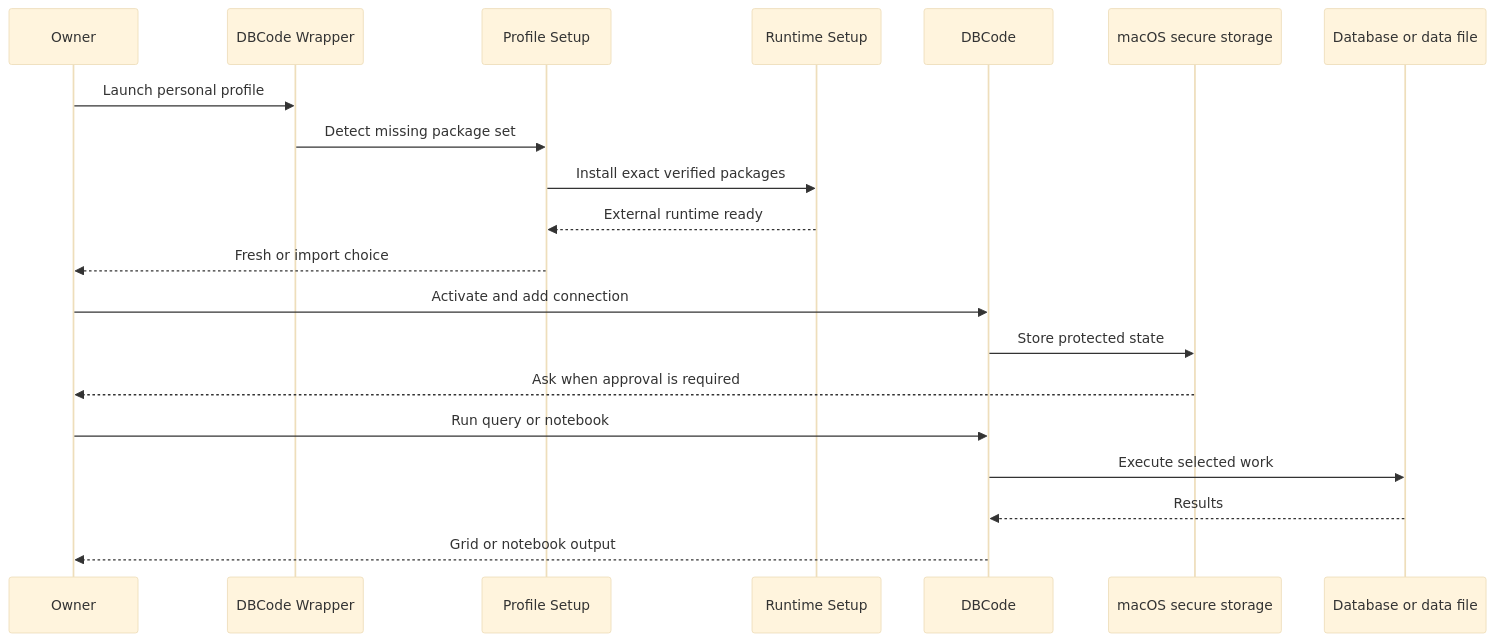
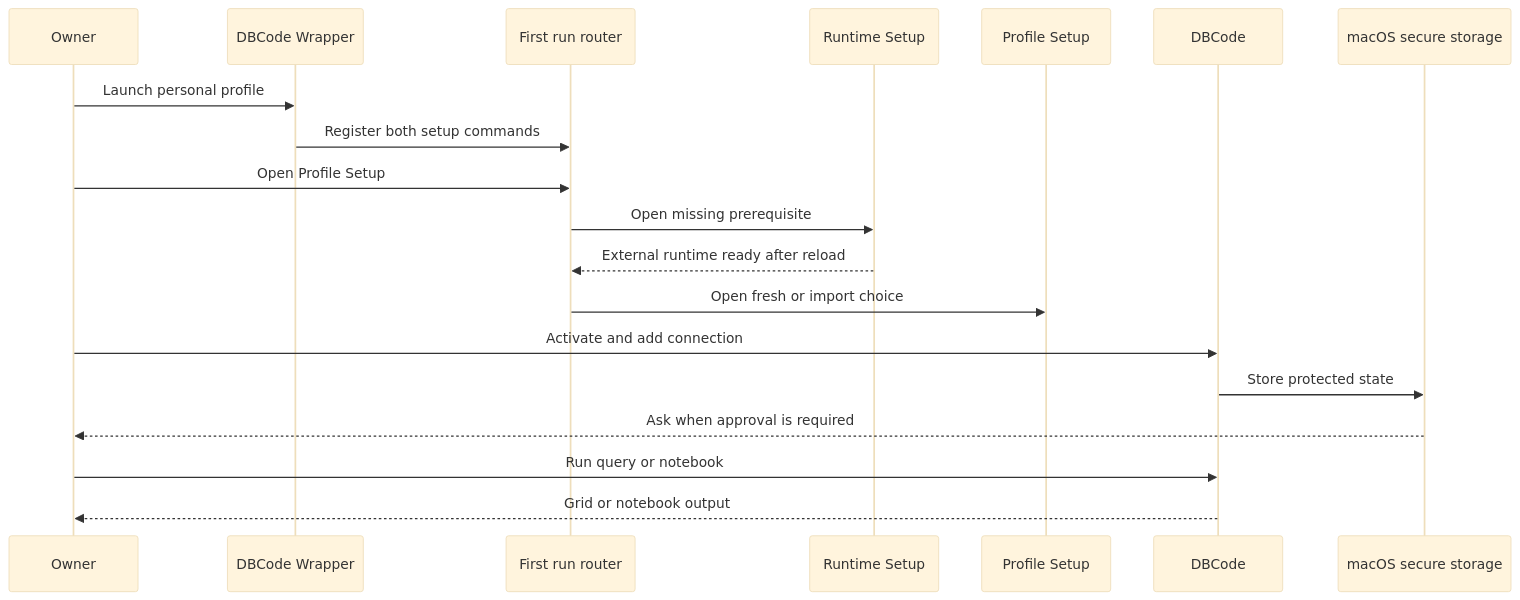
The diagram in wiki/flows/first-run-activate-and-query.md (alexwck/dbcode-wrapper), drawn with Mermaid (base theme) before and after one commit. The commit also changed other lines of this file and 10 other files, not shown here.

Commit message:
docs(wiki): refresh maintenance architecture

````diff
--- a/wiki/flows/first-run-activate-and-query.md
+++ b/wiki/flows/first-run-activate-and-query.md
@@ -26,22 +26,21 @@
 ```mermaid
 sequenceDiagram
   participant Owner
   participant Host as DBCode Wrapper
-  participant Setup as Profile Setup
+  participant Router as First run router
   participant Runtime as Runtime Setup
+  participant Profile as Profile Setup
   participant DBCode
   participant Secure as macOS secure storage
-  participant Data as Database or data file
   Owner->>Host: Launch personal profile
-  Host->>Setup: Detect missing package set
-  Setup->>Runtime: Install exact verified packages
-  Runtime-->>Setup: External runtime ready
-  Setup-->>Owner: Fresh or import choice
+  Host->>Router: Register both setup commands
+  Owner->>Router: Open Profile Setup
+  Router->>Runtime: Open missing prerequisite
+  Runtime-->>Router: External runtime ready after reload
+  Router->>Profile: Open fresh or import choice
   Owner->>DBCode: Activate and add connection
   DBCode->>Secure: Store protected state
   Secure-->>Owner: Ask when approval is required
   Owner->>DBCode: Run query or notebook
-  DBCode->>Data: Execute selected work
-  Data-->>DBCode: Results
   DBCode-->>Owner: Grid or notebook output
 ```
````
